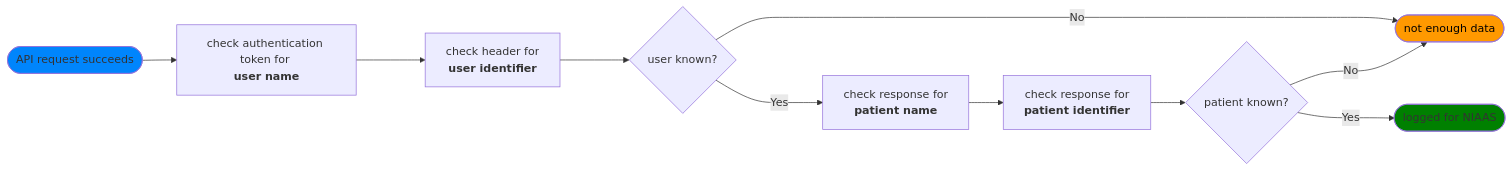
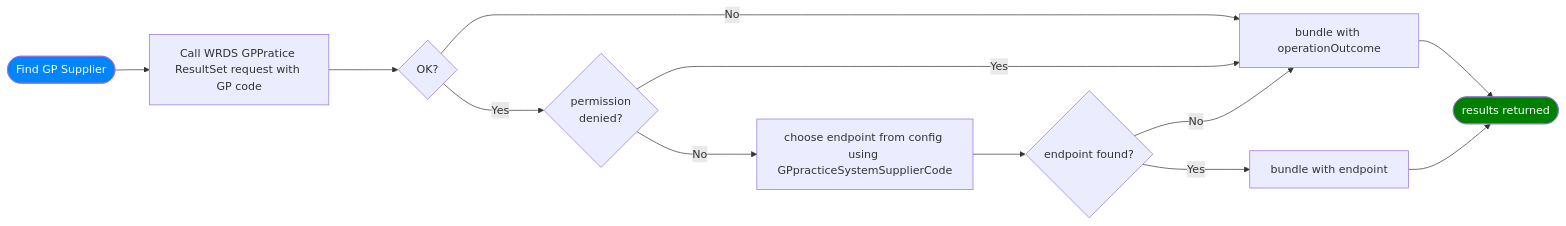
Before and after one commit to DHCW-Digital-Health-and-Care-Wales/shared-medicines-guide: the diagram in technical/read data/read-gp-data/find-gp-supplier.md, drawn with Mermaid.

Commit message:
Update find-gp-supplier.md
added practice lookup process detail

````diff
--- a/technical/read data/read-gp-data/find-gp-supplier.md
+++ b/technical/read data/read-gp-data/find-gp-supplier.md
@@ -8,30 +8,33 @@
 ```mermaid
      flowchart LR
  
 
-    TRIGGER(["API request succeeds"]) 
-    S1["check authentication token for <br><b>user name</b>"]
-    S2["check header for <br><b>user identifier</b>"]
-    S3{"user known?"}
-    S4["check response for <br><b>patient name</b>"]
-    S5["check response for <br><b>patient identifier</b>"]
-    S6{"patient known?"}
+    TRIGGER(["Find GP Supplier"]) 
+    S1["Call WRDS GPPratice ResultSet request with GP code"]
+    S2{"OK?"}
+    S3{"permission <br>denied?"}
+    S4["choose endpoint from config using GPpracticeSystemSupplierCode"]
+    S4A{"endpoint found?"}
+    S5["bundle with operationOutcome"]
+    S6["bundle with endpoint"]
 
-    ABORT(["not enough data"])
-    SUCCESS(["logged for NIAAS"])
+    SUCCESS(["results returned"])
    
 TRIGGER --> S1
 S1 ---> S2
-S2 ---> S3
-S3 -- No ---> ABORT
-S3 -- Yes ---> S4
-S4 --> S5
-S5 --> S6
-S6 -- No ---> ABORT
-S6 -- Yes ---> SUCCESS
+S2 -- No ---> S5
+S2 -- Yes ---> S3
+S3 -- No ---> S4
+S3 -- Yes ---> S5
+S4 --> S4A
+S4A -- No ---> S5
+S4A -- Yes ---> S6
+S5 --> SUCCESS
+S6 --> SUCCESS
+
        
 
-style TRIGGER fill:#0085FC
-style ABORT fill:#ff9900, color:#000
-style SUCCESS fill: green
+style TRIGGER fill:#0085FC, color:#fff
+
+style SUCCESS fill: green, color:#fff
 ```
````
